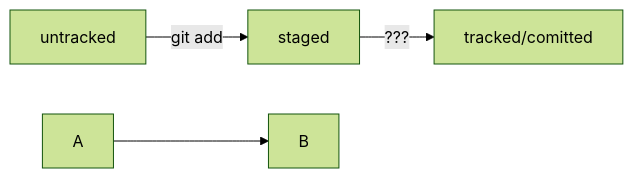
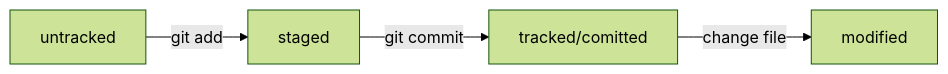
The diagram in README.md (denisov-kn/git-help), drawn with Mermaid (forest theme) before and after one commit. The commit also changed other lines of this file, not shown here.

Commit message:
Добавить mermaid-схему по статусам

````diff
--- a/README.md
+++ b/README.md
@@ -146,9 +147,7 @@
 ```mermaid
 graph LR 
  untracked -- "git add" --> staged;
- staged    -- "???"     --> tracked/comitted;
-
-%% стрелка без текста для примера: 
-  A --> B;
-
+ staged    -- "git commit"     --> tracked/comitted;
+ tracked/comitted -- "change file" --> modified;
+ 
 ```
````
